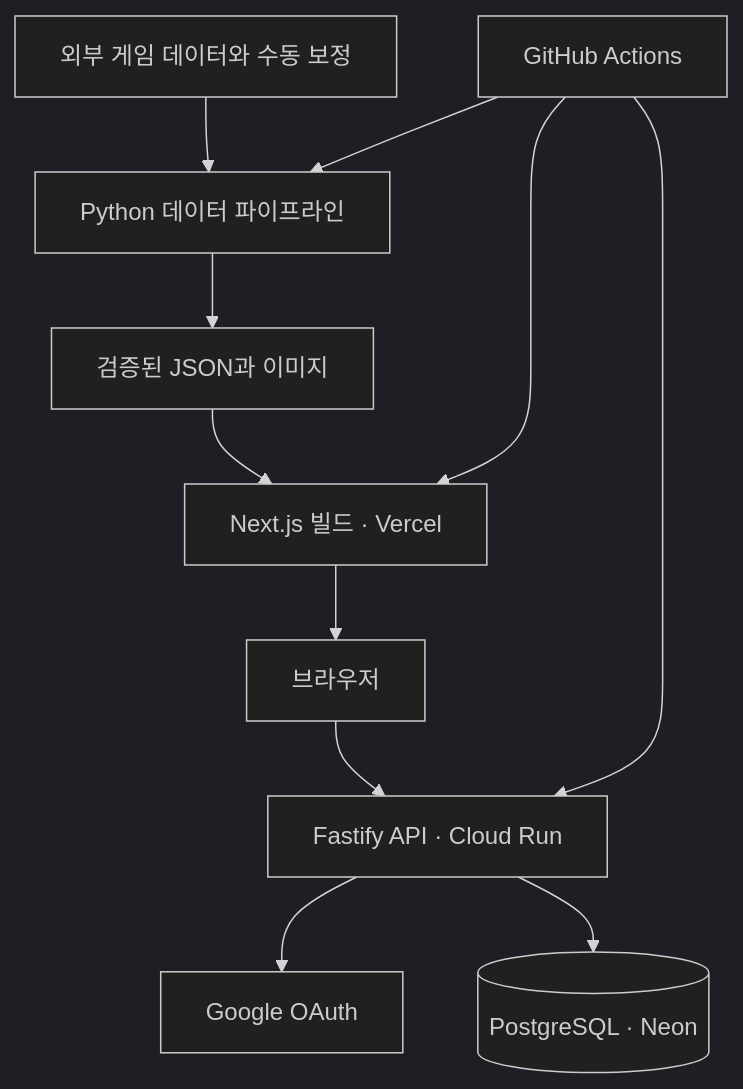
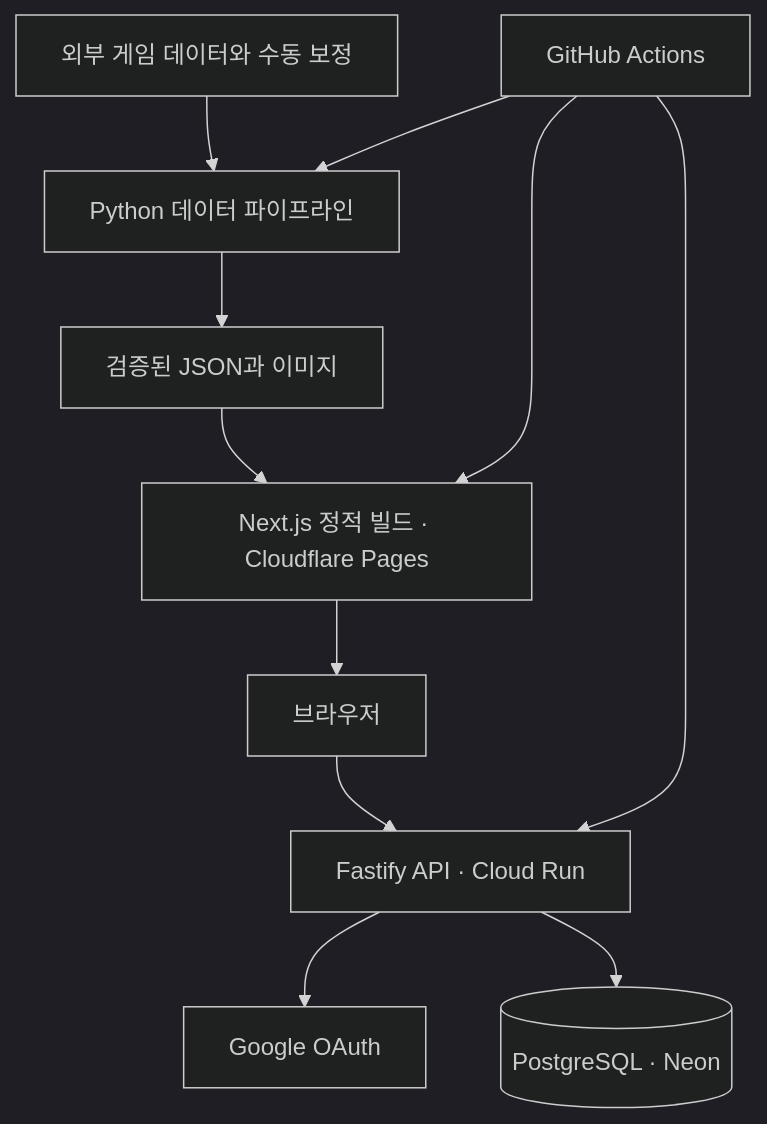
Before and after one commit to MinsangKwak/pogo-rank: the diagram in README.md, drawn with Mermaid (dark theme). The commit also changed other lines of this file and 5 other files, not shown here.

First line of the commit message:
docs: 운영 호스팅을 Cloudflare Pages 로 — INFRA 10장 · 배포 흐름 · 작업 지침

````diff
--- a/README.md
+++ b/README.md
@@ -51,13 +51,13 @@
 ```mermaid
 flowchart TD
     Sources[외부 게임 데이터와 수동 보정] --> Pipeline[Python 데이터 파이프라인]
     Pipeline --> Data[검증된 JSON과 이미지]
-    Data --> Next[Next.js 빌드 · Vercel]
+    Data --> Next[Next.js 정적 빌드 · Cloudflare Pages]
     Next --> Browser[브라우저]
     Browser --> API[Fastify API · Cloud Run]
     API --> Google[Google OAuth]
     API --> DB[(PostgreSQL · Neon)]
     Actions[GitHub Actions] --> Pipeline
     Actions --> Next
     Actions --> API
 ```
````
